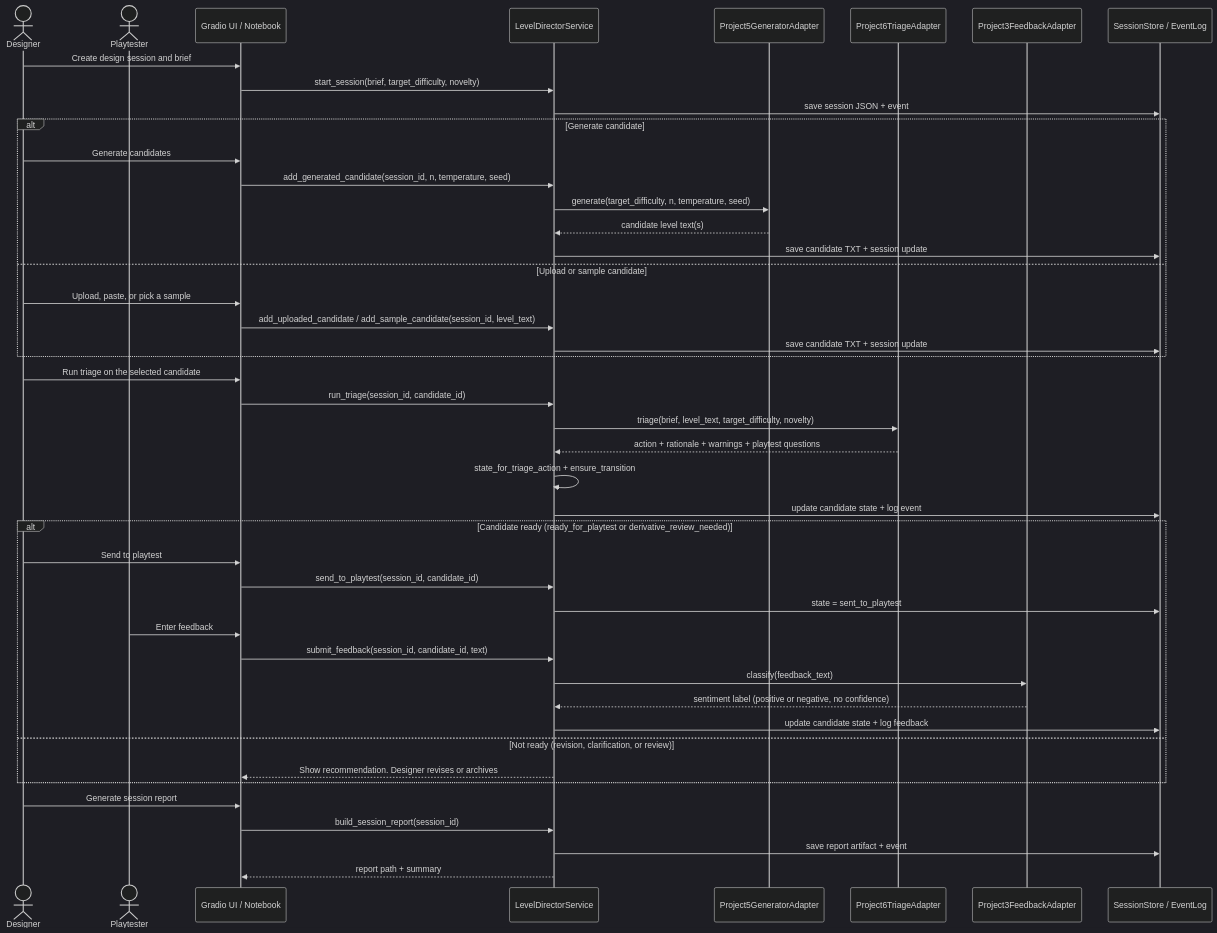
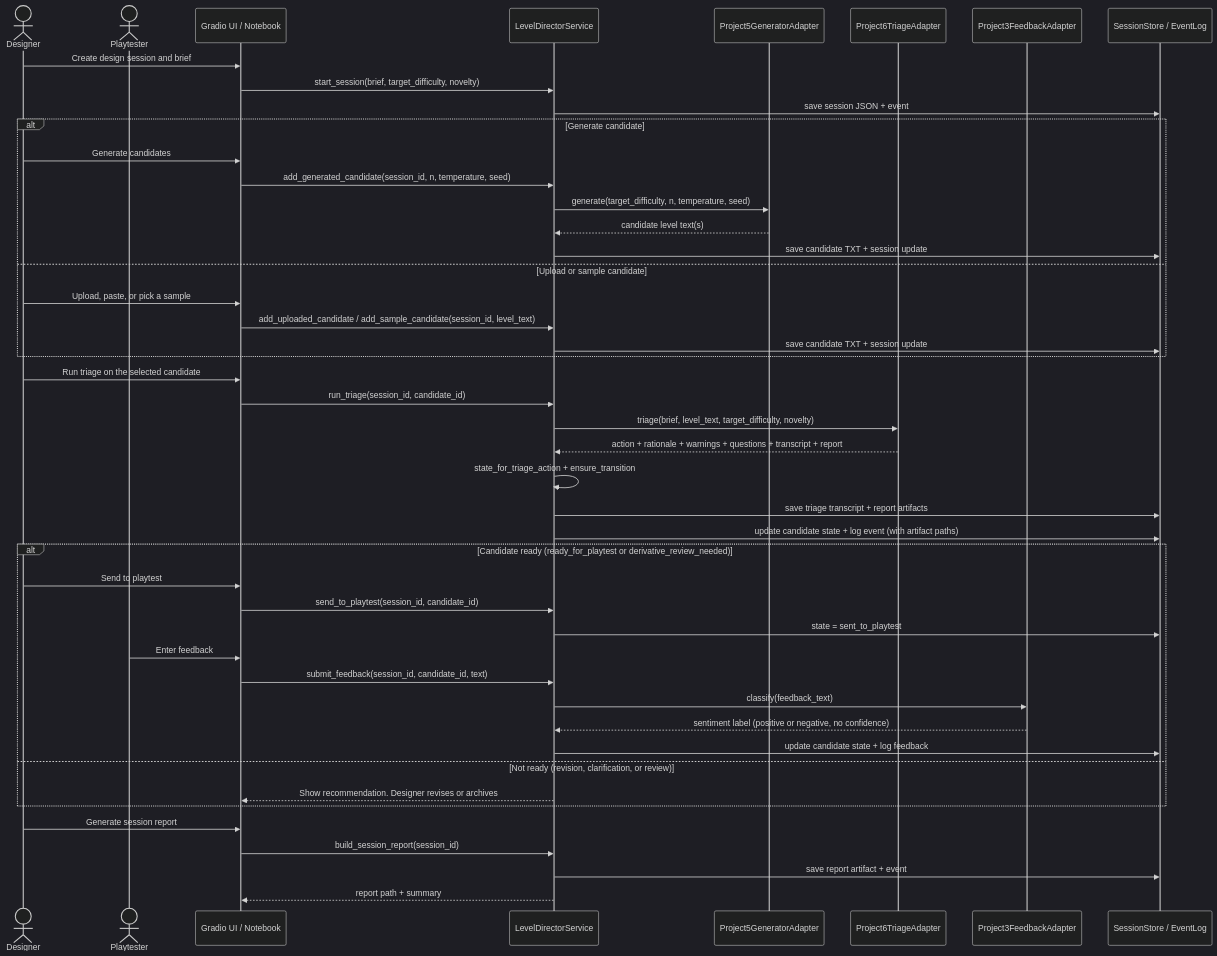
Before and after one commit to thebobmay/industry-integrated-level-director-studio: the diagram in docs/architecture/03_end_to_end_sequence.md, drawn with Mermaid (dark theme). The commit also changed other lines of this file and 11 other files, not shown here.

First line of the commit message:
Persist triage deliberation transcript and report as auditable artifacts

````diff
--- a/docs/architecture/03_end_to_end_sequence.md
+++ b/docs/architecture/03_end_to_end_sequence.md
@@ -8,52 +8,53 @@
 ```mermaid
 sequenceDiagram
     actor D as Designer
     actor T as Playtester
     participant UI as Gradio UI / Notebook
     participant S as LevelDirectorService
     participant P5 as Project5GeneratorAdapter
     participant P6 as Project6TriageAdapter
     participant P3 as Project3FeedbackAdapter
     participant Store as SessionStore / EventLog
 
     D->>UI: Create design session and brief
     UI->>S: start_session(brief, target_difficulty, novelty)
     S->>Store: save session JSON + event
 
     alt Generate candidate
         D->>UI: Generate candidates
         UI->>S: add_generated_candidate(session_id, n, temperature, seed)
         S->>P5: generate(target_difficulty, n, temperature, seed)
         P5-->>S: candidate level text(s)
         S->>Store: save candidate TXT + session update
     else Upload or sample candidate
         D->>UI: Upload, paste, or pick a sample
         UI->>S: add_uploaded_candidate / add_sample_candidate(session_id, level_text)
         S->>Store: save candidate TXT + session update
     end
 
     D->>UI: Run triage on the selected candidate
     UI->>S: run_triage(session_id, candidate_id)
     S->>P6: triage(brief, level_text, target_difficulty, novelty)
-    P6-->>S: action + rationale + warnings + playtest questions
+    P6-->>S: action + rationale + warnings + questions + transcript + report
     S->>S: state_for_triage_action + ensure_transition
-    S->>Store: update candidate state + log event
+    S->>Store: save triage transcript + report artifacts
+    S->>Store: update candidate state + log event (with artifact paths)
 
     alt Candidate ready (ready_for_playtest or derivative_review_needed)
         D->>UI: Send to playtest
         UI->>S: send_to_playtest(session_id, candidate_id)
         S->>Store: state = sent_to_playtest
         T->>UI: Enter feedback
         UI->>S: submit_feedback(session_id, candidate_id, text)
         S->>P3: classify(feedback_text)
         P3-->>S: sentiment label (positive or negative, no confidence)
         S->>Store: update candidate state + log feedback
     else Not ready (revision, clarification, or review)
         S-->>UI: Show recommendation. Designer revises or archives
     end
 
     D->>UI: Generate session report
     UI->>S: build_session_report(session_id)
     S->>Store: save report artifact + event
     S-->>UI: report path + summary
 ```
````
